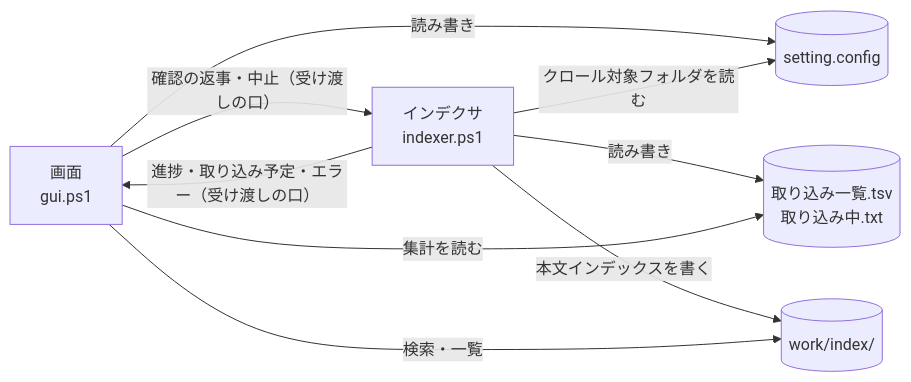
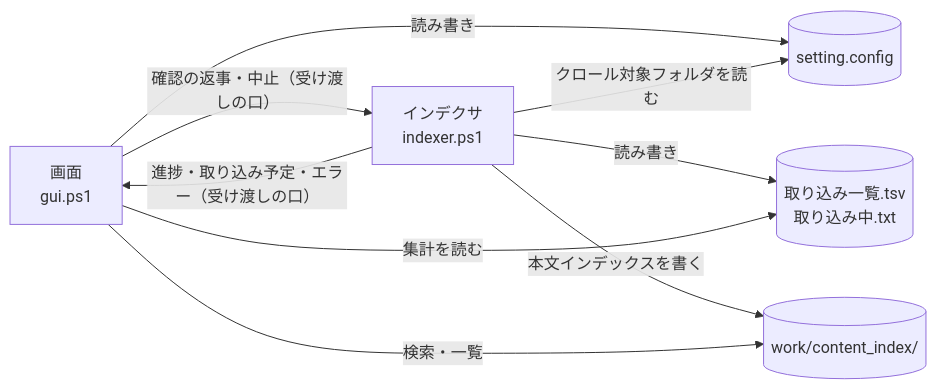
One commit to hsgwa/tebunko changed the diagram in docs/design/architecture/layout.md. Above: the diagram before and after it, drawn with Mermaid. The commit also changed other lines of this file and 29 other files, not shown here.

First line of the commit message:
docs: 設計書・手引き・README・SECURITY のフォルダ名・ファイル名を content_index・system_index にそろえる

````diff
--- a/docs/design/architecture/layout.md
+++ b/docs/design/architecture/layout.md
@@ -100,16 +100,16 @@
 ```mermaid
 flowchart LR
     CFG[("setting.config")]
     GUI["画面<br>gui.ps1"]
     IDX["インデクサ<br>indexer.ps1"]
     ST[("取り込み一覧.tsv<br>取り込み中.txt")]
-    IX[("work/index/")]
+    IX[("work/content_index/")]
     GUI -- 読み書き --> CFG
     IDX -- クロール対象フォルダを読む --> CFG
     IDX -- "進捗・取り込み予定・エラー（受け渡しの口）" --> GUI
     GUI -- "確認の返事・中止（受け渡しの口）" --> IDX
     IDX -- 読み書き --> ST
     IDX -- 本文インデックスを書く --> IX
     GUI -- 検索・一覧 --> IX
     GUI -- 集計を読む --> ST
 ```
````
